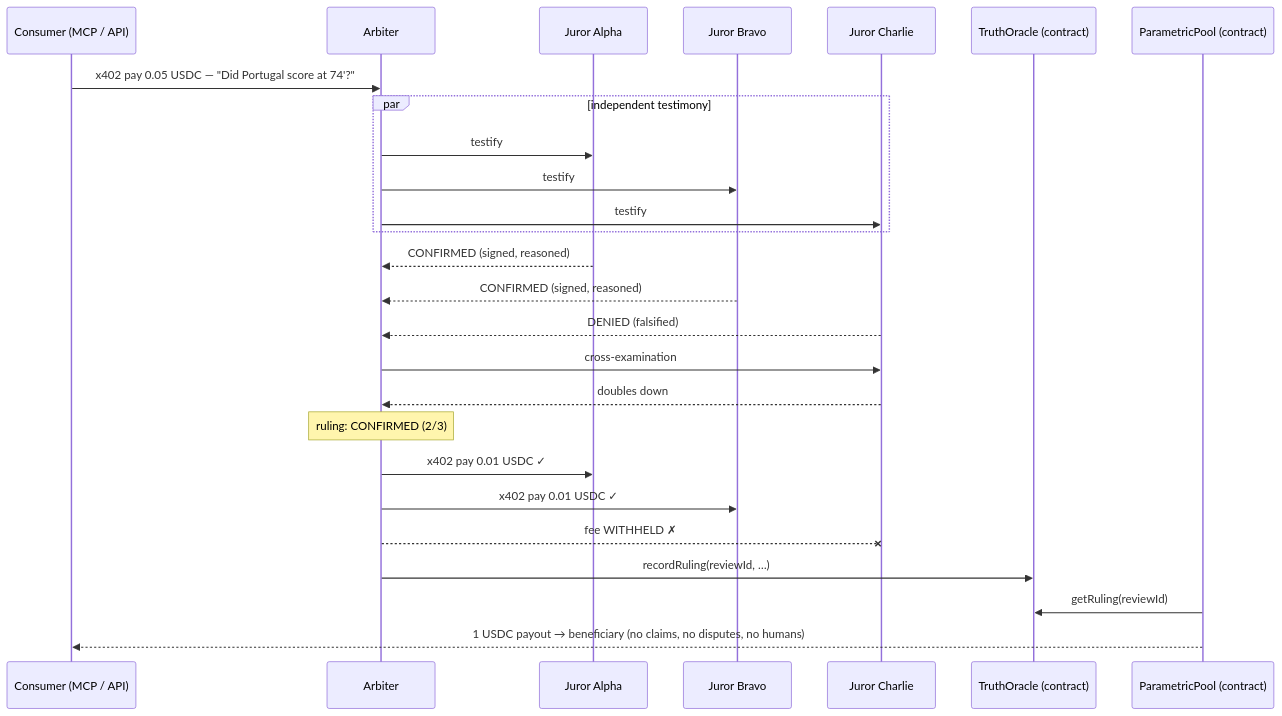
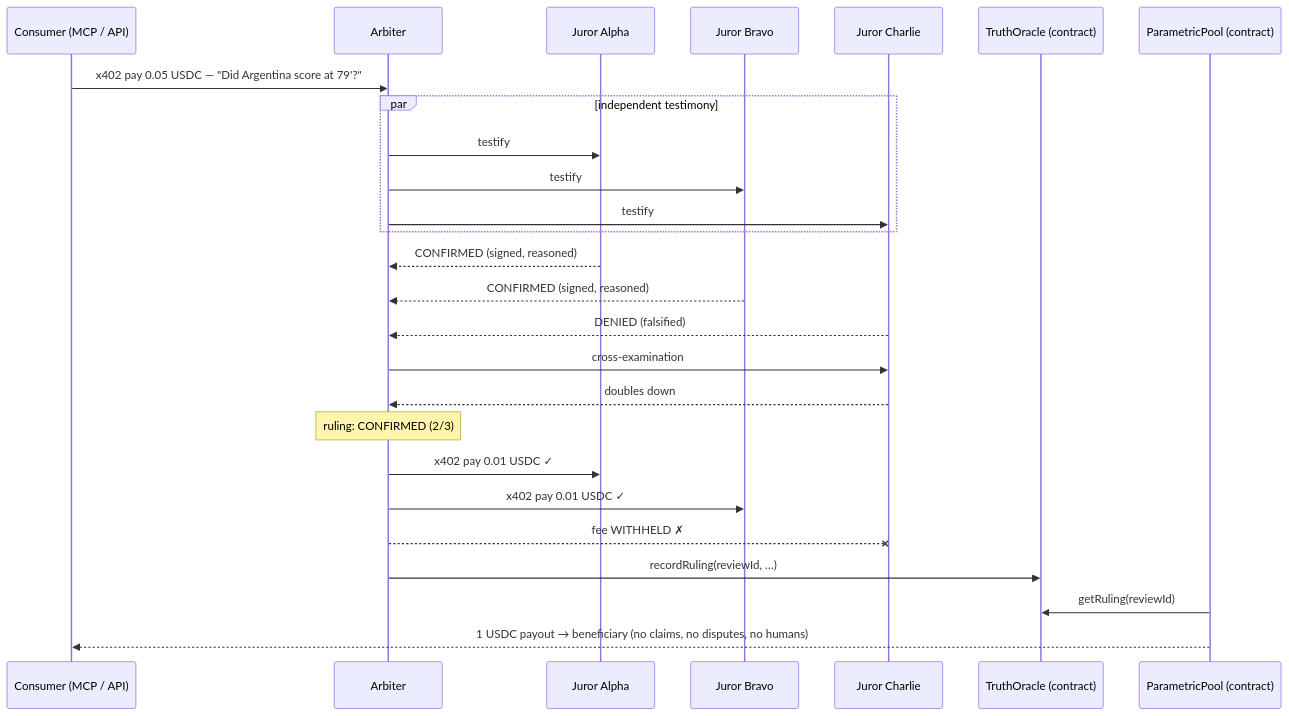
Before and after one commit to Qinsir7/AgentVAR: the diagram in README.md, drawn with Mermaid. The commit also changed other lines of this file and 16 other files, not shown here.

````diff
--- a/README.md
+++ b/README.md
@@ -55,28 +55,28 @@
 ```mermaid
 sequenceDiagram
     participant C as Consumer (MCP / API)
     participant A as Arbiter
     participant J1 as Juror Alpha
     participant J2 as Juror Bravo
     participant J3 as Juror Charlie
     participant O as TruthOracle (contract)
     participant P as ParametricPool (contract)
-    C->>A: x402 pay 0.05 USDC — "Did Portugal score at 74'?"
+    C->>A: x402 pay 0.05 USDC — "Did Argentina score at 79'?"
     par independent testimony
         A->>J1: testify
         A->>J2: testify
         A->>J3: testify
     end
     J1-->>A: CONFIRMED (signed, reasoned)
     J2-->>A: CONFIRMED (signed, reasoned)
     J3-->>A: DENIED (falsified)
     A->>J3: cross-examination
     J3-->>A: doubles down
     Note over A: ruling: CONFIRMED (2/3)
     A->>J1: x402 pay 0.01 USDC ✓
     A->>J2: x402 pay 0.01 USDC ✓
     A--xJ3: fee WITHHELD ✗
     A->>O: recordRuling(reviewId, …)
     P->>O: getRuling(reviewId)
     P-->>C: 1 USDC payout → beneficiary (no claims, no disputes, no humans)
 ```
````
